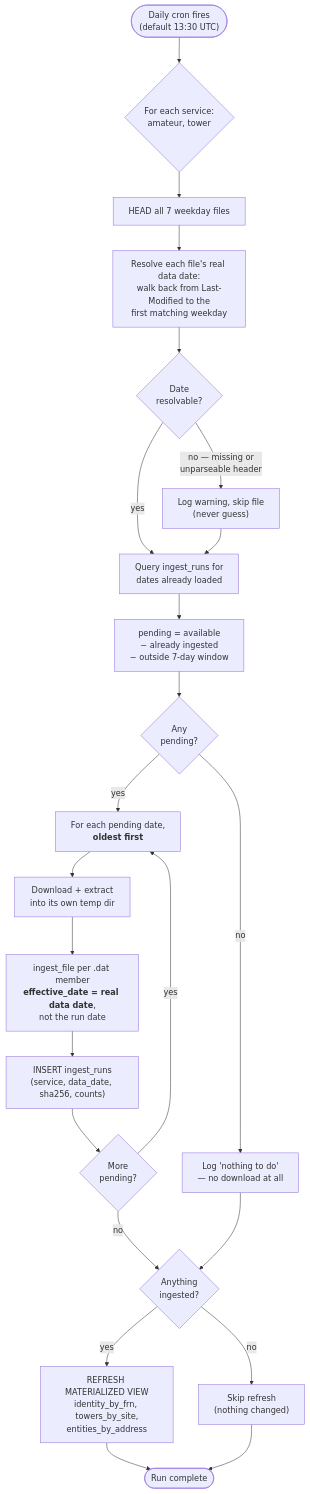
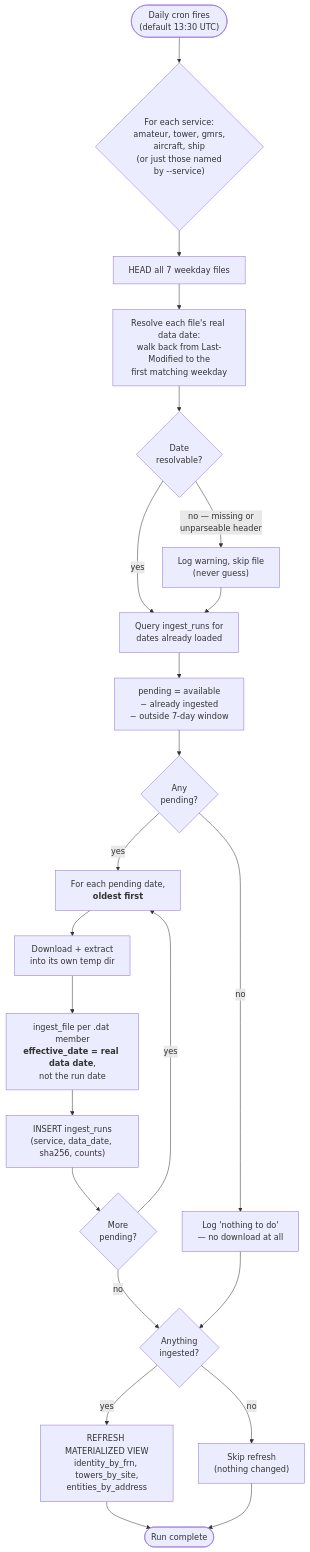
One commit to n00tz/fcculs-explorer changed the third of 14 diagrams in docs/architecture.md. Above: the diagram before and after it, drawn with Mermaid. The commit also changed other lines of this file and 41 other files, not shown here.

````diff
--- a/docs/architecture.md
+++ b/docs/architecture.md
@@ -158,32 +158,32 @@
 ```mermaid
 flowchart TD
-    start(["Daily cron fires<br/>(default 13:30 UTC)"]) --> svc{"For each service:<br/>amateur, tower"}
+    start(["Daily cron fires<br/>(default 13:30 UTC)"]) --> svc{"For each service:<br/>amateur, tower, gmrs,<br/>aircraft, ship<br/>(or just those named<br/>by --service)"}
 
     svc --> head["HEAD all 7 weekday files"]
     head --> resolve["Resolve each file's real data date:<br/>walk back from Last-Modified to the<br/>first matching weekday"]
 
     resolve --> undated{"Date<br/>resolvable?"}
     undated -->|"no — missing or<br/>unparseable header"| skipfile["Log warning, skip file<br/>(never guess)"]
     undated -->|"yes"| known
 
     known["Query ingest_runs for<br/>dates already loaded"] --> pending["pending = available<br/>− already ingested<br/>− outside 7-day window"]
 
     pending --> any{"Any<br/>pending?"}
     any -->|"no"| nothing["Log 'nothing to do'<br/>— no download at all"]
     any -->|"yes"| loop["For each pending date,<br/><b>oldest first</b>"]
 
     loop --> dlday["Download + extract<br/>into its own temp dir"]
     dlday --> ingestday["ingest_file per .dat member<br/><b>effective_date = real data date</b>,<br/>not the run date"]
     ingestday --> record["INSERT ingest_runs<br/>(service, data_date, sha256, counts)"]
     record --> more{"More<br/>pending?"}
     more -->|"yes"| loop
     more -->|"no"| done
 
     skipfile --> known
     nothing --> done
     done{"Anything<br/>ingested?"} -->|"yes"| refresh["REFRESH MATERIALIZED VIEW<br/>identity_by_frn, towers_by_site,<br/>entities_by_address"]
     done -->|"no"| skiprefresh["Skip refresh<br/>(nothing changed)"]
 
     refresh --> fin(["Run complete"])
     skiprefresh --> fin
 ```
````
